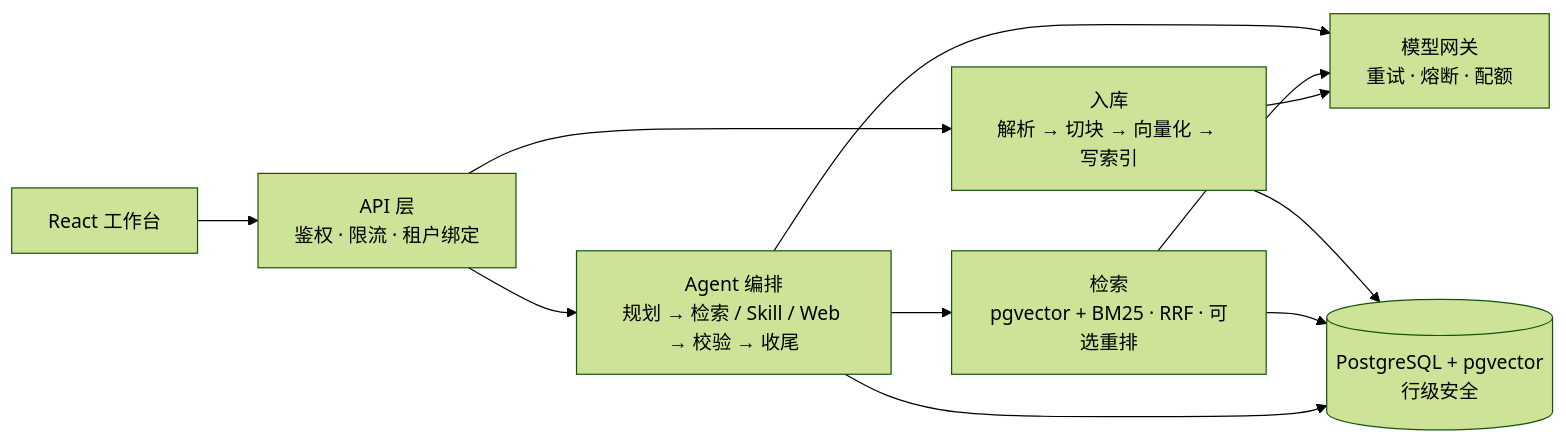
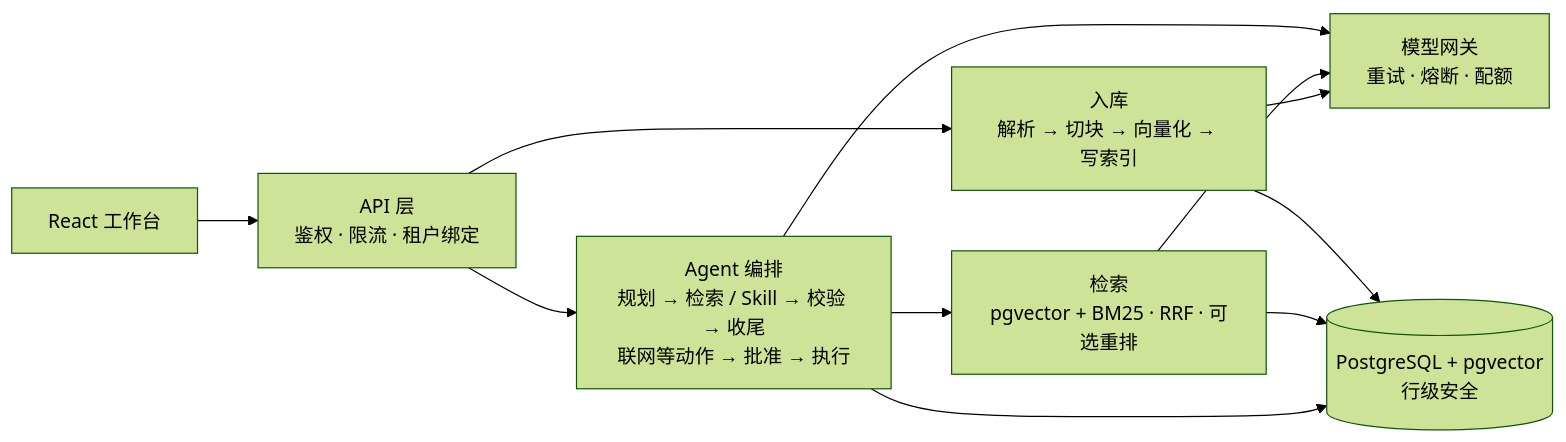
One commit to luc1ferxx/Luc1ferxx_Archive_RAG changed the diagram in README.md. Above: the diagram before and after it, drawn with Mermaid (forest theme). The commit also changed other lines of this file, not shown here.

````diff
--- a/README.md
+++ b/README.md
@@ -81,13 +81,13 @@
 ```mermaid
 flowchart LR
   UI["React 工作台"] --> API["API 层<br/>鉴权 · 限流 · 租户绑定"]
   API --> Ingest["入库<br/>解析 → 切块 → 向量化 → 写索引"]
-  API --> Agent["Agent 编排<br/>规划 → 检索 / Skill / Web → 校验 → 收尾"]
+  API --> Agent["Agent 编排<br/>规划 → 检索 / Skill → 校验 → 收尾<br/>联网等动作 → 批准 → 执行"]
   Agent --> Retrieval["检索<br/>pgvector + BM25 · RRF · 可选重排"]
   Agent --> Gateway["模型网关<br/>重试 · 熔断 · 配额"]
   Retrieval --> Gateway
   Ingest --> Gateway
   Ingest --> PG[("PostgreSQL + pgvector<br/>行级安全")]
   Retrieval --> PG
   Agent --> PG
 ```
````
